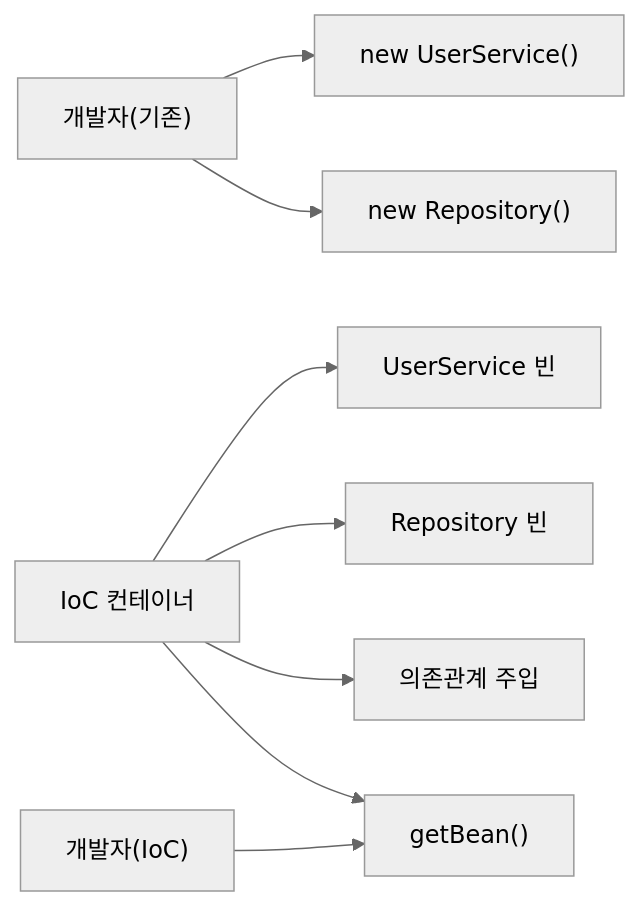
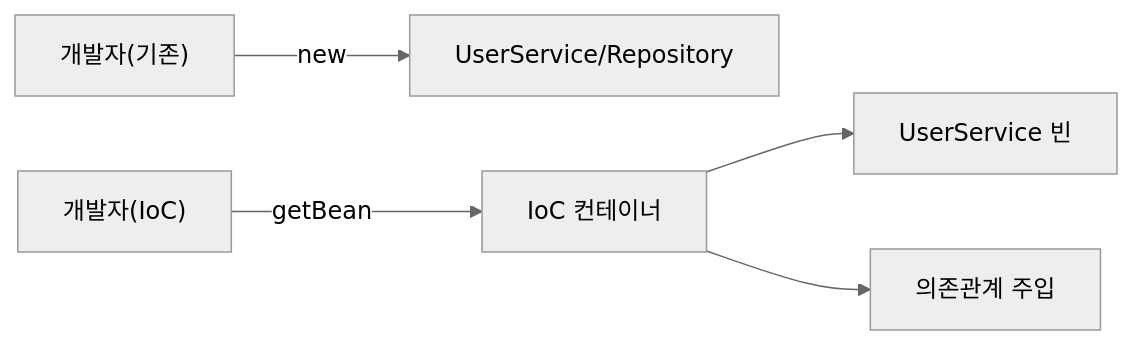
One commit to yjkim2015/yjkim2015.github.io changed the first of 4 diagrams in _posts/spring/2022-06-16-제어의역전.md. Above: the diagram before and after it, drawn with Mermaid (neutral theme). The commit also changed 163 other files, not shown here.

First line of the commit message:
Mermaid 300개 블록 내용 축소: 5노드 5엣지 이하, 의미 있는 약어

````diff
--- a/_posts/spring/2022-06-16-제어의역전.md
+++ b/_posts/spring/2022-06-16-제어의역전.md
@@ -55,10 +55,7 @@
 ```mermaid
 graph LR
-    DEV["개발자(기존)"] --> A["new UserService()"]
-    DEV --> B["new Repository()"]
+    DEV["개발자(기존)"] -->|new| A["UserService/Repository"]
     CTX["IoC 컨테이너"] --> D["UserService 빈"]
-    CTX --> E["Repository 빈"]
-    CTX --> F["의존관계 주입"]
-    APP["개발자(IoC)"] --> G["getBean()"]
-    CTX --> G
+    CTX --> E["의존관계 주입"]
+    APP["개발자(IoC)"] -->|getBean| CTX
 ```
````
